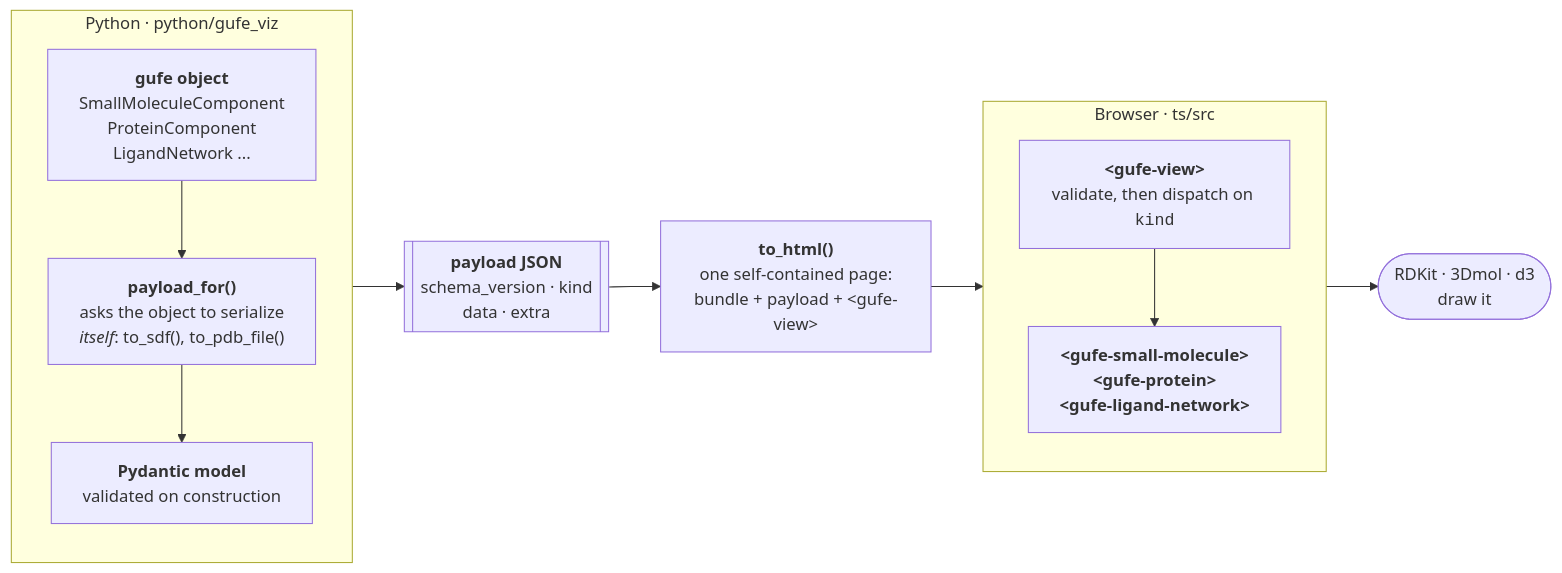
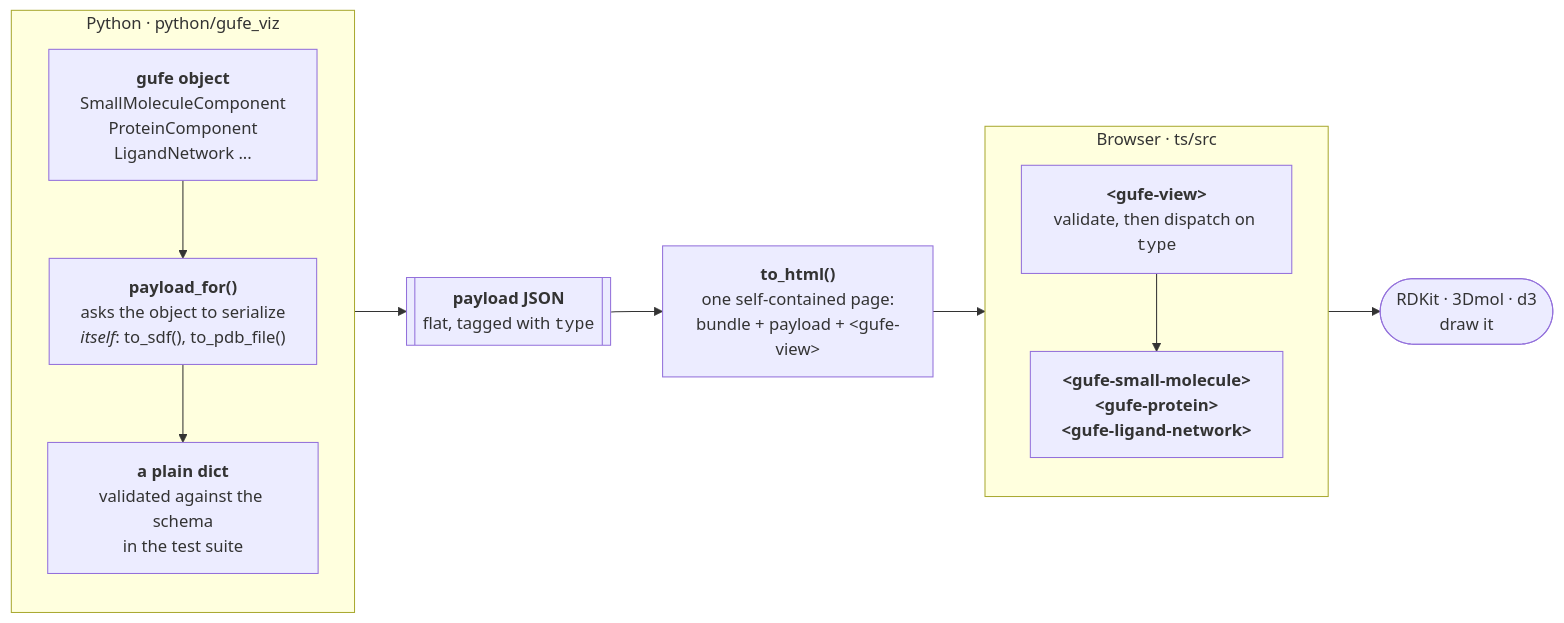
One commit to omsf-eco-infra/gufe-viz changed the first of 3 diagrams in README.md. Above: the diagram before and after it, drawn with Mermaid. The commit also changed other lines of this file and 63 other files, not shown here.

````diff
--- a/README.md
+++ b/README.md
@@ -121,23 +129,23 @@
 ```mermaid
 flowchart LR
   subgraph PY["Python · python/gufe_viz"]
     direction TB
     obj["<b>gufe object</b><br/>SmallMoleculeComponent<br/>ProteinComponent<br/>LigandNetwork ..."]
     build["<b>payload_for()</b><br/>asks the object to serialize<br/><i>itself</i>: to_sdf(), to_pdb_file()"]
-    model["<b>Pydantic model</b><br/>validated on construction"]
-    obj --> build --> model
+    plain["<b>a plain dict</b><br/>validated against the schema<br/>in the test suite"]
+    obj --> build --> plain
   end
 
-  model --> payload[["<b>payload JSON</b><br/>schema_version · kind<br/>data · extra"]]
+  plain --> payload[["<b>payload JSON</b><br/>flat, tagged with <code>type</code>"]]
   payload --> tohtml["<b>to_html()</b><br/>one self-contained page:<br/>bundle + payload + &lt;gufe-view&gt;"]
 
   subgraph BR["Browser · ts/src"]
     direction TB
-    gview["<b>&lt;gufe-view&gt;</b><br/>validate, then dispatch on <code>kind</code>"]
+    gview["<b>&lt;gufe-view&gt;</b><br/>validate, then dispatch on <code>type</code>"]
     view["<b>&lt;gufe-small-molecule&gt;</b><br/><b>&lt;gufe-protein&gt;</b><br/><b>&lt;gufe-ligand-network&gt;</b>"]
     gview --> view
   end
 
   tohtml --> gview
   view --> pic(["RDKit · 3Dmol · d3<br/>draw it"])
 ```
````
